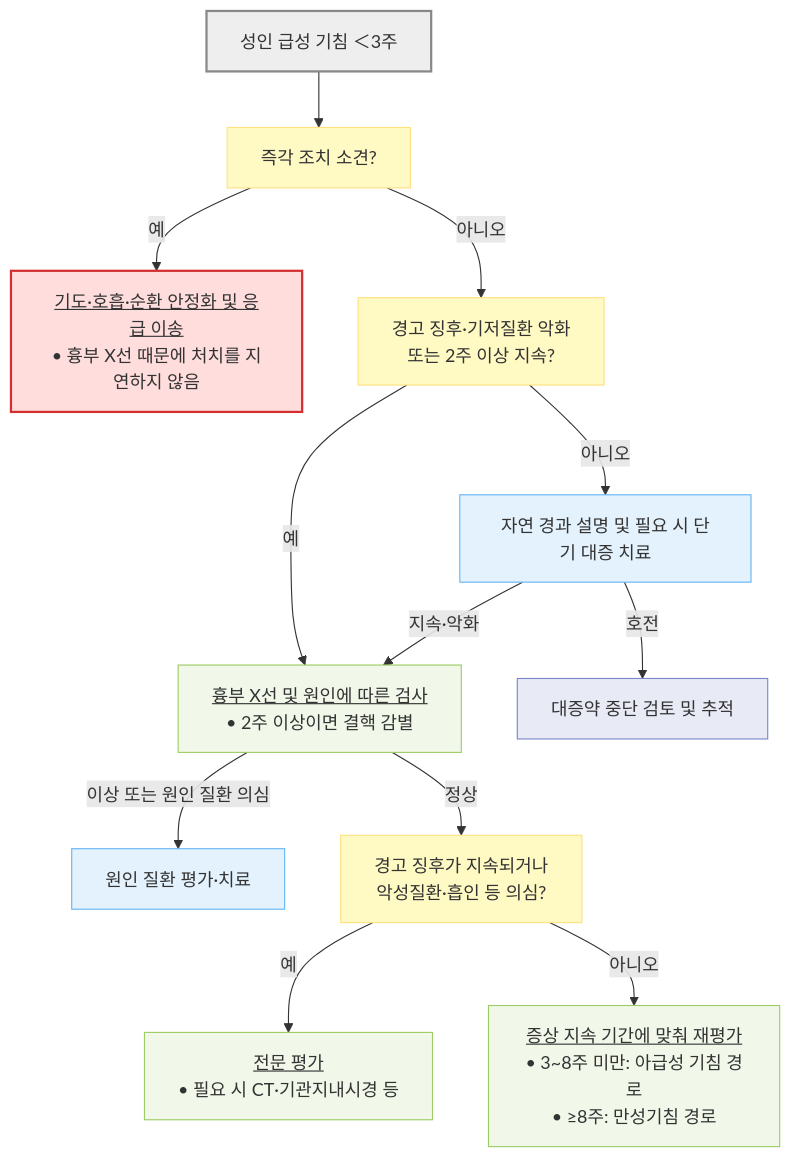
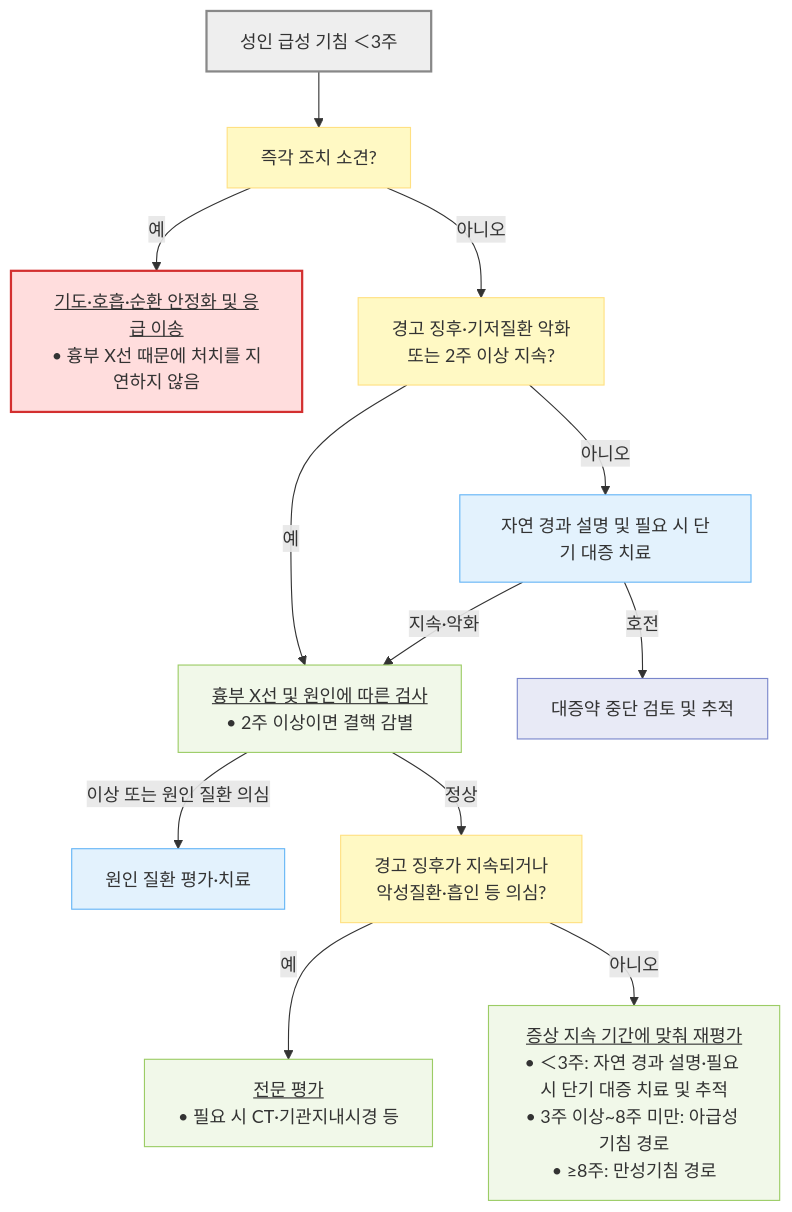
Before and after one commit to familyoh77/familyoh77: the first of 3 diagrams in 220_/006_-cough.md, drawn with Mermaid. The commit also changed other lines of this file, not shown here.

````diff
--- a/220_/006_-cough.md
+++ b/220_/006_-cough.md
@@ -208,27 +207,27 @@
 ```mermaid
 flowchart TD
     Start["성인 급성 기침 ＜3주"] --> Urgent["즉각 조치 소견?"]
     Urgent -- "예" --> Emergency["<u>기도·호흡·순환 안정화 및 응급 이송</u><br/>• 흉부 X선 때문에 처치를 지연하지 않음"]
     Urgent -- "아니오" --> Alarm["경고 징후·기저질환 악화<br/>또는 2주 이상 지속?"]
     Alarm -- "아니오" --> Symptomatic["자연 경과 설명 및 필요 시 단기 대증 치료"]
     Alarm -- "예" --> Xray["<u>흉부 X선 및 원인에 따른 검사</u><br/>• 2주 이상이면 결핵 감별"]
     Symptomatic -- "호전" --> Follow["대증약 중단 검토 및 추적"]
     Symptomatic -- "지속·악화" --> Xray
     Xray -- "이상 또는 원인 질환 의심" --> Treat["원인 질환 평가·치료"]
     Xray -- "정상" --> Risk["경고 징후가 지속되거나<br/>악성질환·흡인 등 의심?"]
     Risk -- "예" --> Refer["<u>전문 평가</u><br/>• 필요 시 CT·기관지내시경 등"]
-    Risk -- "아니오" --> Duration["<u>증상 지속 기간에 맞춰 재평가</u><br/>• 3~8주 미만: 아급성 기침 경로<br/>• ≥8주: 만성기침 경로"]
+    Risk -- "아니오" --> Duration["<u>증상 지속 기간에 맞춰 재평가</u><br/>• ＜3주: 자연 경과 설명·필요 시 단기 대증 치료 및 추적<br/>• 3주 이상~8주 미만: 아급성 기침 경로<br/>• ≥8주: 만성기침 경로"]
 
     classDef start fill:#eeeeee,stroke:#888888,stroke-width:2px
     classDef question fill:#fff9c4,stroke:#ffe082
     classDef emergency fill:#ffdddd,stroke:#d32f2f,stroke-width:2px
     classDef evaluation fill:#f1f8e9,stroke:#9ccc65
     classDef treatment fill:#e3f2fd,stroke:#64b5f6
     classDef followup fill:#e8eaf6,stroke:#7986cb
     class Start start
     class Urgent,Alarm,Risk question
     class Emergency emergency
     class Xray,Refer,Duration evaluation
     class Symptomatic,Treat treatment
     class Follow followup
 ```
````
